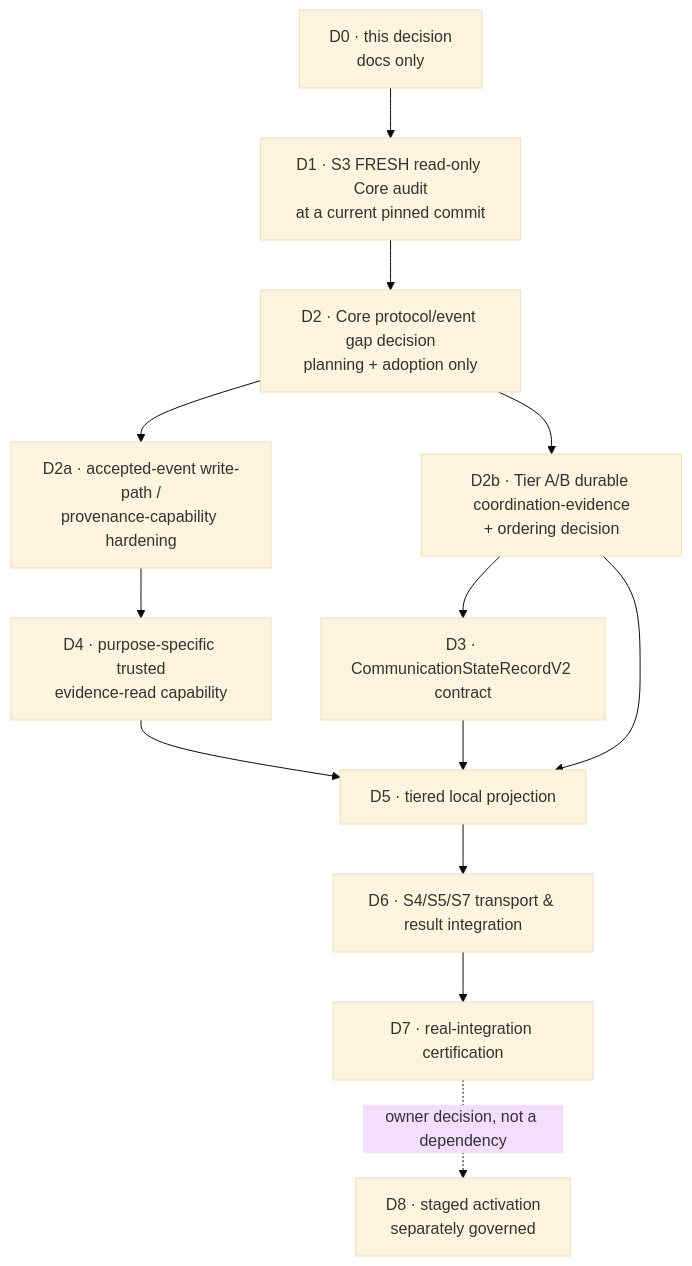
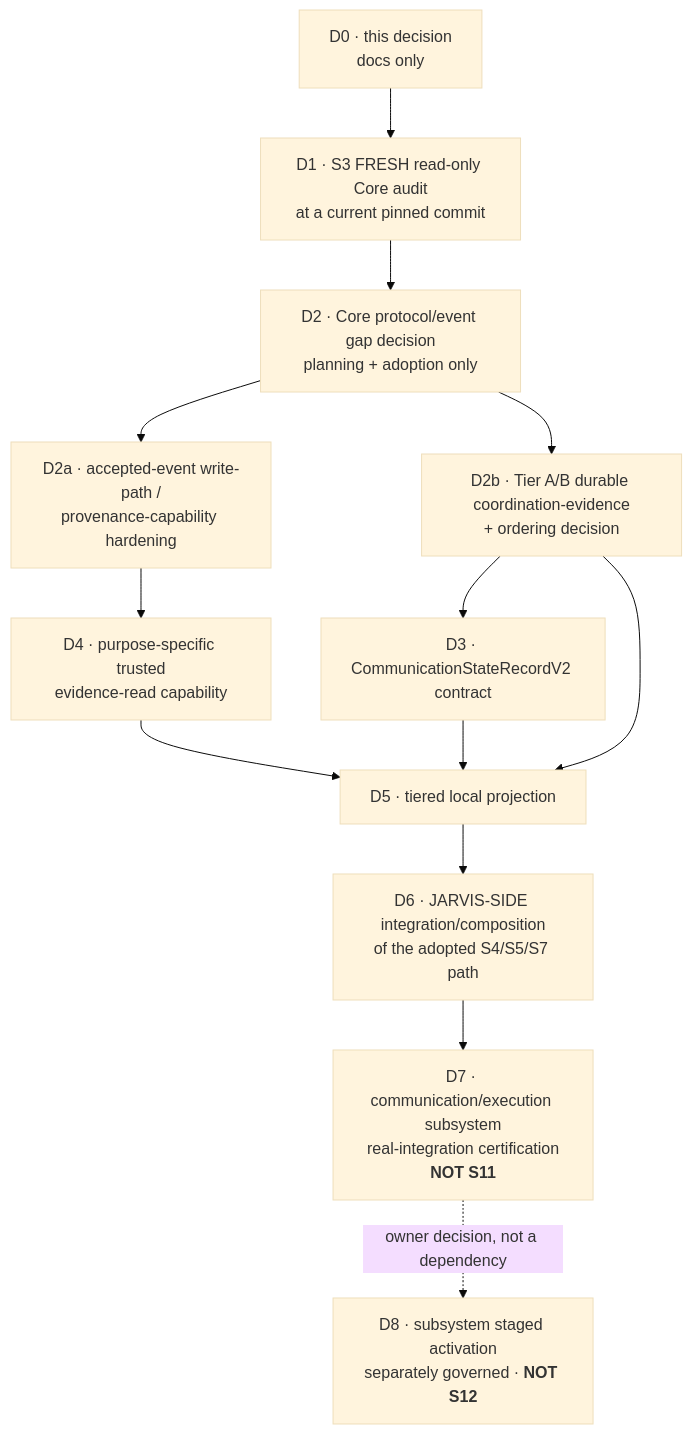
One commit to quickfurno-maker/qf-jarvis changed the diagram in docs/architecture/communication-state-projection-v2-design.md. Above: the diagram before and after it, drawn with Mermaid (base theme). The commit also changed other lines of this file and 6 other files, not shown here.

First line of the commit message:
docs(architecture): apply owner ruling on the D7 entry gate

````diff
--- a/docs/architecture/communication-state-projection-v2-design.md
+++ b/docs/architecture/communication-state-projection-v2-design.md
@@ -533,25 +533,25 @@
 ```mermaid
 flowchart TD
     D0["D0 · this decision<br/>docs only"]
     D1["D1 · S3 FRESH read-only Core audit<br/>at a current pinned commit"]
     D2["D2 · Core protocol/event gap decision<br/>planning + adoption only"]
     D2a["D2a · accepted-event write-path /<br/>provenance-capability hardening"]
     D2b["D2b · Tier A/B durable coordination-evidence<br/>+ ordering decision"]
     D3["D3 · CommunicationStateRecordV2 contract"]
     D4["D4 · purpose-specific trusted<br/>evidence-read capability"]
     D5["D5 · tiered local projection"]
-    D6["D6 · S4/S5/S7 transport &amp; result integration"]
-    D7["D7 · real-integration certification"]
-    D8["D8 · staged activation<br/>separately governed"]
+    D6["D6 · JARVIS-SIDE integration/composition<br/>of the adopted S4/S5/S7 path"]
+    D7["D7 · communication/execution subsystem<br/>real-integration certification<br/><b>NOT S11</b>"]
+    D8["D8 · subsystem staged activation<br/>separately governed · <b>NOT S12</b>"]
 
     D0 --> D1 --> D2
     D2 --> D2a
     D2 --> D2b
     D2b --> D3
     D2a --> D4
     D3 --> D5
     D4 --> D5
     D2b --> D5
     D5 --> D6 --> D7
     D7 -.owner decision, not a dependency.-> D8
 ```
````
